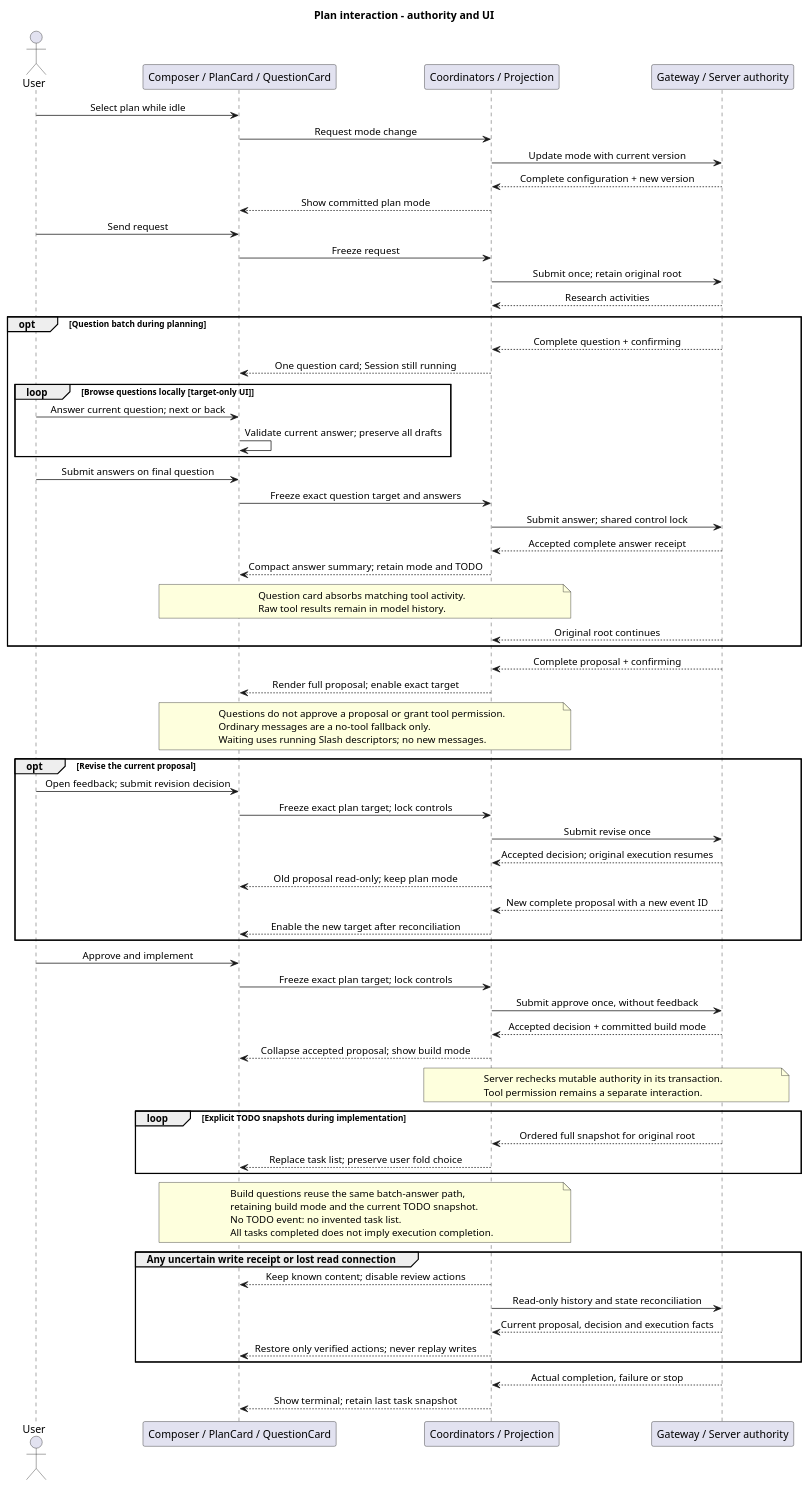
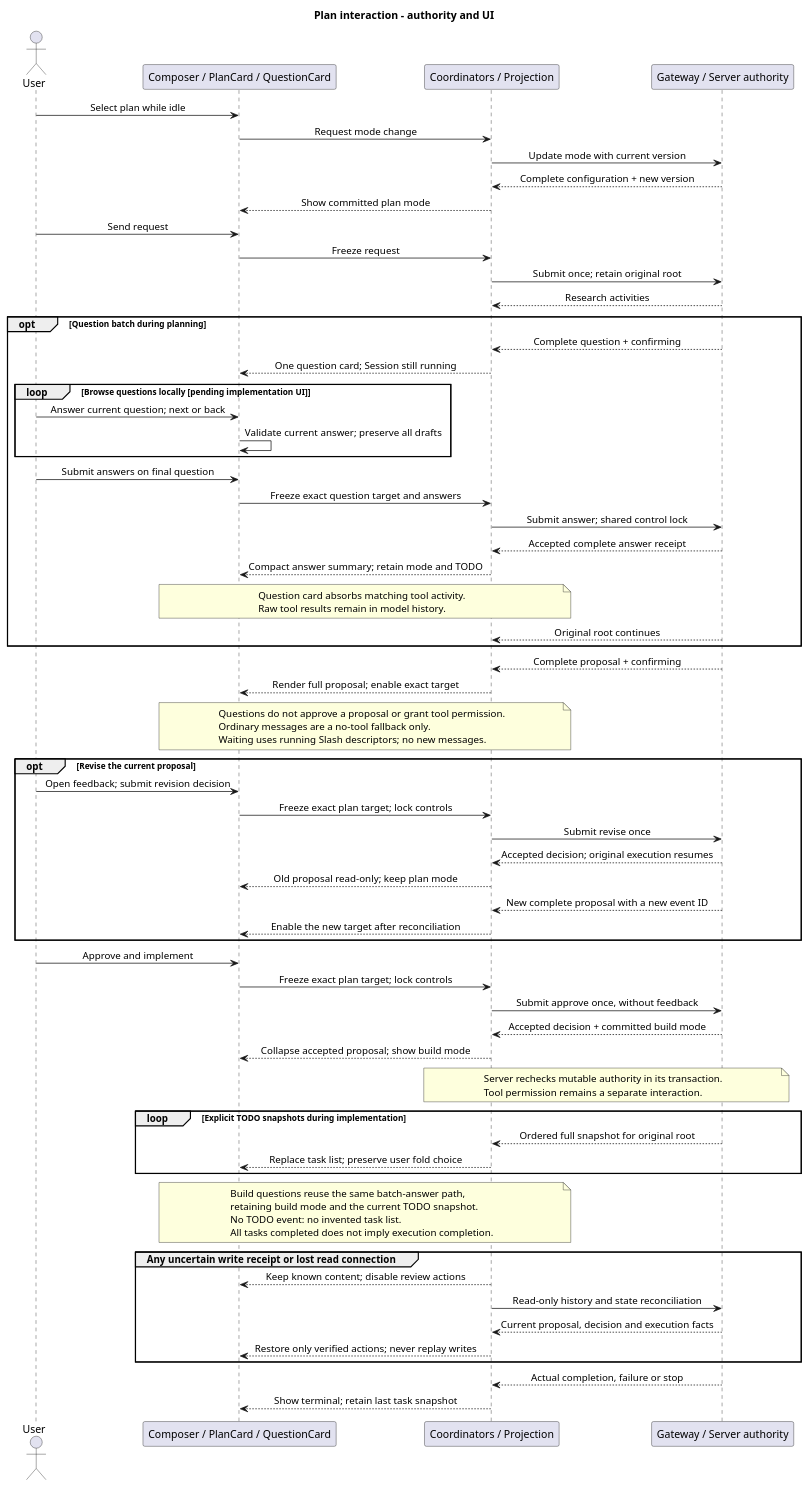
One commit to ssm0808/pi-mono-java-design changed the eighth of 8 diagrams in 07-前端设计/技术设计/diagram.puml. Above: the diagram before and after it, drawn with PlantUML. The commit also changed other lines of this file and 182 other files, not shown here.

```diff
--- a/07-前端设计/技术设计/diagram.puml
+++ b/07-前端设计/技术设计/diagram.puml
@@ -520,92 +520,92 @@
 @startuml target_plan_interaction
 ' Source baseline: pi-mono-java 9f785bea3ffff8f6566cd1b2727285af46a2aead.
 ' Source evidence: frontend/src/runtime/eventStore.ts executionState and reconcileEvents.
 ' Source evidence: frontend/src/composables/useRuntimeApi.ts recover, submitStream and consume.
 ' Codex d58d0e5841e0de08e251673db2d5af8cf3a1ad51:
 ' codex-rs/tui/src/chatwidget/plan_implementation.rs selection_view_params;
 ' codex-rs/core/src/tools/handlers/plan.rs PlanHandler::handle_call.
 ' Observed behavior: the internal frontend has plan UI, Slash, progress and structured questions.
 ' Source: frontend/src/components/PlanCard.vue; runtime/eventStore.ts; types/runtime.ts.
 ' Java divergence: approve resumes the original root execution; no clear-context path.
 ' Design reason: proposal, decision receipt, execution progress and terminal are separate facts.
-' Internal flow is implemented; public transport remains target-only. View states are not HTTP enums.
+' Internal flow is implemented; public transport remains pending implementation. View states are not HTTP enums.
 title Plan interaction - authority and UI
 skinparam backgroundColor white
 skinparam shadowing false
 skinparam defaultFontName SansSerif
 skinparam sequenceMessageAlign center
 actor User
 participant "Composer / PlanCard / QuestionCard" as UI
 participant "Coordinators / Projection" as State
 participant "Gateway / Server authority" as API
 User -> UI : Select plan while idle
 UI -> State : Request mode change
 State -> API : Update mode with current version
 API --> State : Complete configuration + new version
 State --> UI : Show committed plan mode
 User -> UI : Send request
 UI -> State : Freeze request
 State -> API : Submit once; retain original root
 API --> State : Research activities
 opt Question batch during planning
   API --> State : Complete question + confirming
   State --> UI : One question card; Session still running
-  loop Browse questions locally [target-only UI]
+  loop Browse questions locally [pending implementation UI]
     User -> UI : Answer current question; next or back
     UI -> UI : Validate current answer; preserve all drafts
   end
   User -> UI : Submit answers on final question
   UI -> State : Freeze exact question target and answers
   State -> API : Submit answer; shared control lock
   API --> State : Accepted complete answer receipt
   State --> UI : Compact answer summary; retain mode and TODO
   note over UI, State
     Question card absorbs matching tool activity.
     Raw tool results remain in model history.
   end note
   API --> State : Original root continues
 end
 API --> State : Complete proposal + confirming
 State --> UI : Render full proposal; enable exact target
 note over UI, State
   Questions do not approve a proposal or grant tool permission.
   Ordinary messages are a no-tool fallback only.
   Waiting uses running Slash descriptors; no new messages.
 end note
 opt Revise the current proposal
   User -> UI : Open feedback; submit revision decision
   UI -> State : Freeze exact plan target; lock controls
   State -> API : Submit revise once
   API --> State : Accepted decision; original execution resumes
   State --> UI : Old proposal read-only; keep plan mode
   API --> State : New complete proposal with a new event ID
   State --> UI : Enable the new target after reconciliation
 end
 User -> UI : Approve and implement
 UI -> State : Freeze exact plan target; lock controls
 State -> API : Submit approve once, without feedback
 API --> State : Accepted decision + committed build mode
 State --> UI : Collapse accepted proposal; show build mode
 note over State, API
   Server rechecks mutable authority in its transaction.
   Tool permission remains a separate interaction.
 end note
 loop Explicit TODO snapshots during implementation
   API --> State : Ordered full snapshot for original root
   State --> UI : Replace task list; preserve user fold choice
 end
 note over UI, State
   Build questions reuse the same batch-answer path,
   retaining build mode and the current TODO snapshot.
   No TODO event: no invented task list.
   All tasks completed does not imply execution completion.
 end note
 group Any uncertain write receipt or lost read connection
   State --> UI : Keep known content; disable review actions
   State -> API : Read-only history and state reconciliation
   API --> State : Current proposal, decision and execution facts
   State --> UI : Restore only verified actions; never replay writes
 end
 API --> State : Actual completion, failure or stop
 State --> UI : Show terminal; retain last task snapshot
 @enduml
```
